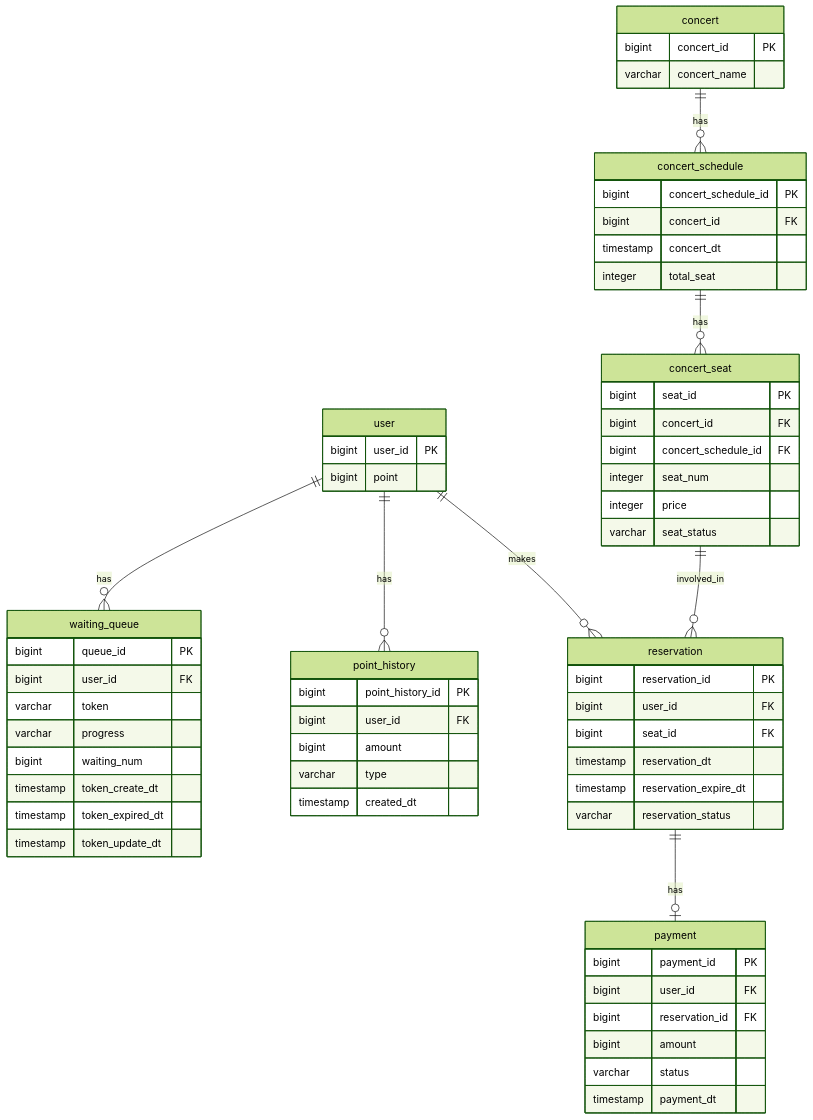
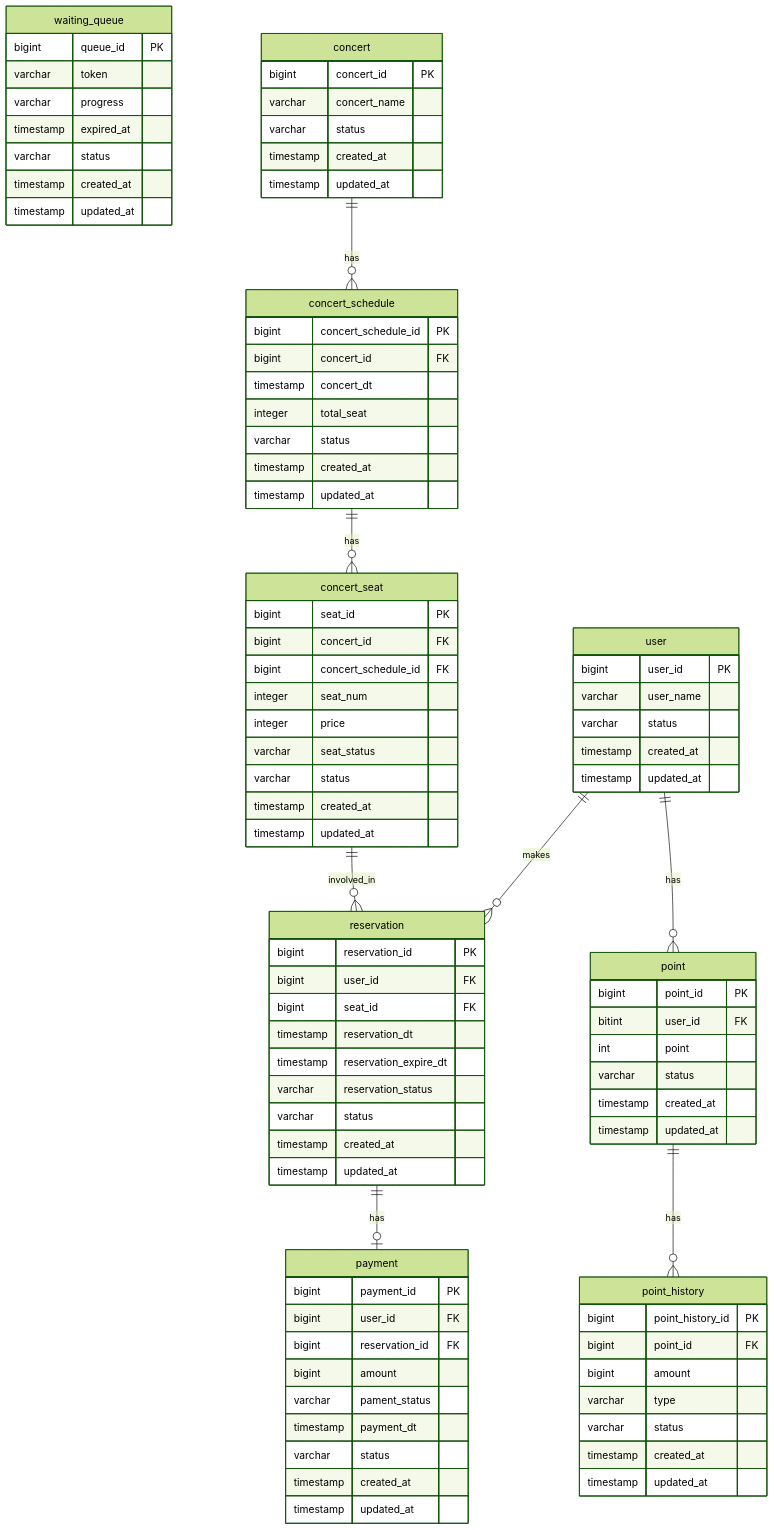
One commit to leehanna602/hhplus-server-construction changed the diagram in docs/ERD.md. Above: the diagram before and after it, drawn with Mermaid (forest theme). The commit also changed 123 other files, not shown here.

````diff
--- a/docs/ERD.md
+++ b/docs/ERD.md
@@ -3,23 +3,28 @@
 erDiagram
     user {
         bigint user_id PK
-        bigint point
+        varchar user_name
+        varchar status
+        timestamp created_at
+        timestamp updated_at
     }
 
     waiting_queue {
         bigint queue_id PK
-        bigint user_id FK
-        varchar token 
+        varchar token
         varchar progress
-        bigint waiting_num
-        timestamp token_create_dt
-        timestamp token_expired_dt
-        timestamp token_update_dt
+        timestamp expired_at
+        varchar status
+        timestamp created_at
+        timestamp updated_at
     }
 
     concert {
         bigint concert_id PK
         varchar concert_name
+        varchar status
+        timestamp created_at
+        timestamp updated_at
     }
 
     concert_schedule {
@@ -27,6 +32,9 @@
         bigint concert_id FK
         timestamp concert_dt
         integer total_seat
+        varchar status
+        timestamp created_at
+        timestamp updated_at
     }
 
     concert_seat {
@@ -36,6 +44,9 @@
         integer seat_num
         integer price
         varchar seat_status
+        varchar status
+        timestamp created_at
+        timestamp updated_at
     }
 
     reservation {
@@ -45,30 +56,47 @@
         timestamp reservation_dt
         timestamp reservation_expire_dt
         varchar reservation_status
+        varchar status
+        timestamp created_at
+        timestamp updated_at
     }
-    
+
     payment {
         bigint payment_id PK
         bigint user_id FK
         bigint reservation_id FK
         bigint amount
+        varchar pament_status
+        timestamp payment_dt
         varchar status
-        timestamp payment_dt
+        timestamp created_at
+        timestamp updated_at
+    }
+    
+    point {
+        bigint point_id PK
+        bitint user_id FK
+        int point
+        varchar status
+        timestamp created_at
+        timestamp updated_at
     }
 
     point_history {
         bigint point_history_id PK
-        bigint user_id FK
+        bigint point_id FK
         bigint amount
         varchar type
-        timestamp created_dt
+        varchar status
+        timestamp created_at
+        timestamp updated_at
     }
 
-    user ||--o{ waiting_queue : has
-    user ||--o{ point_history : has
+    user ||--o{ point : has
+    point ||--o{ point_history : has
+    concert_seat ||--o{ reservation : involved_in
+    concert ||--o{ concert_schedule : has
     user ||--o{ reservation : makes
-    concert ||--o{ concert_schedule : has
     concert_schedule ||--o{ concert_seat : has
-    concert_seat ||--o{ reservation : involved_in
     reservation ||--o| payment : has
 ```
````
